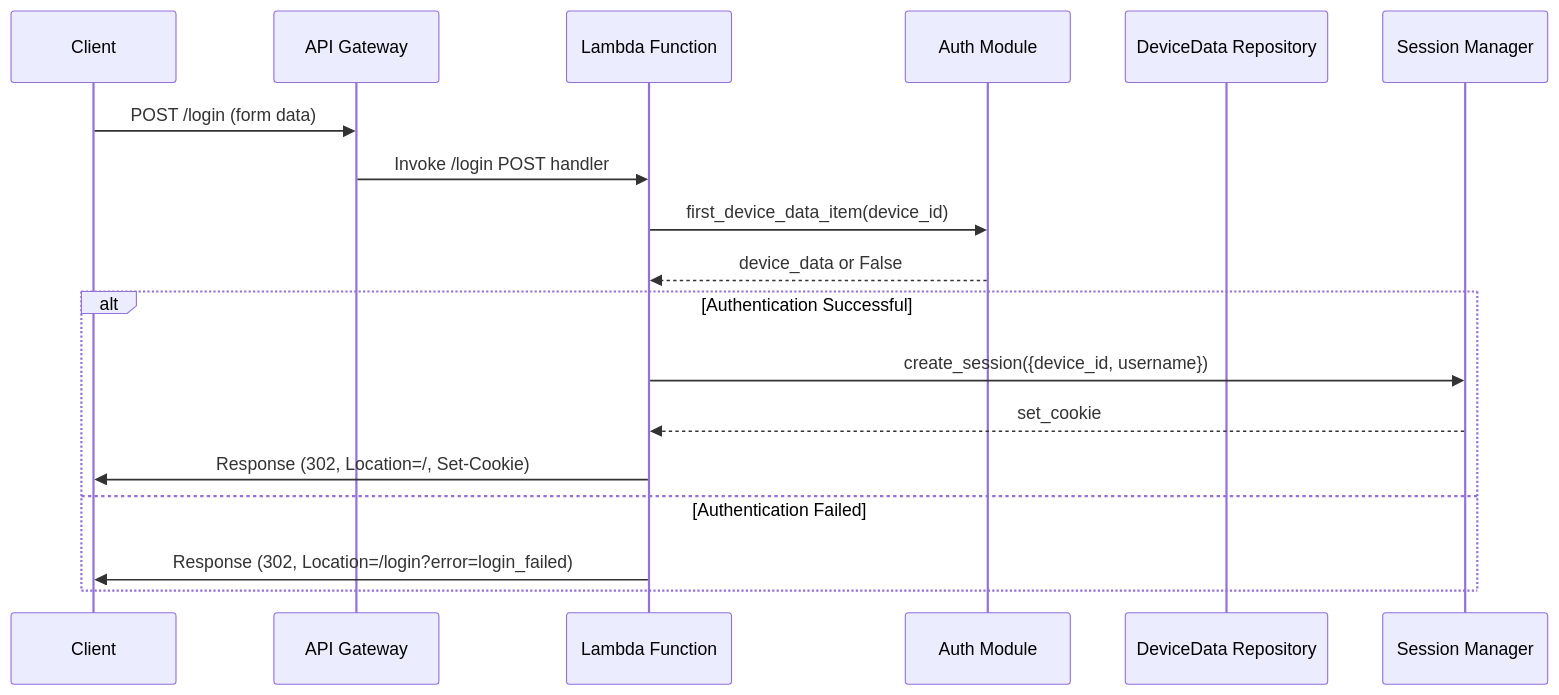
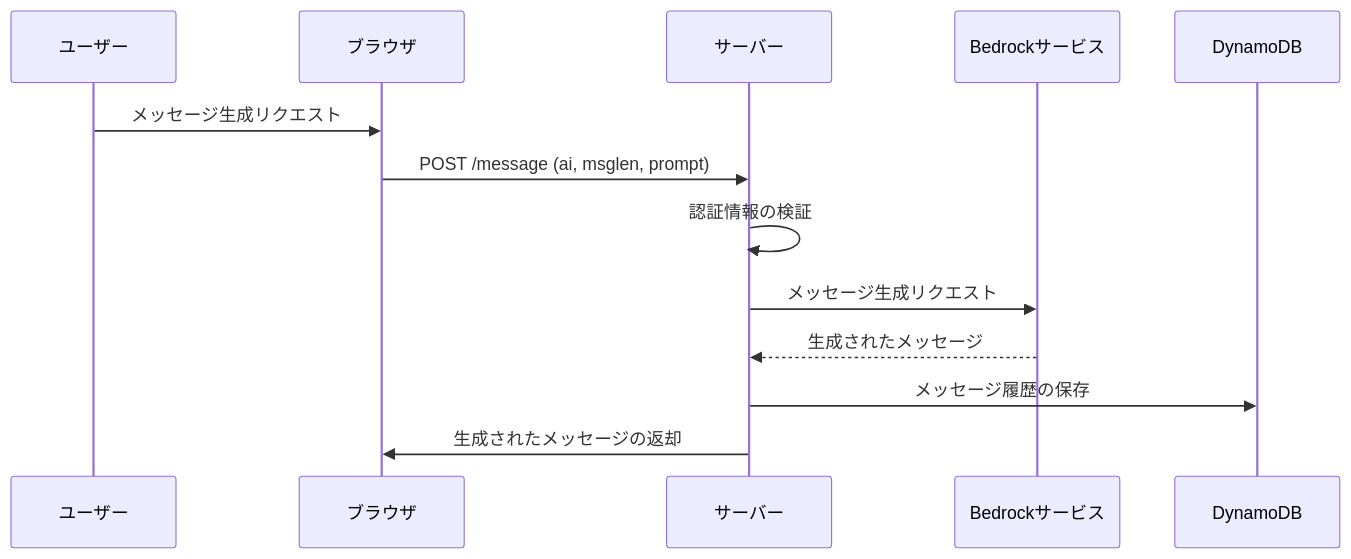
Before and after one commit to jcnwkoya/GENAI-APP: the fourth of 7 diagrams in docs/api_spec.md, drawn with Mermaid. The commit also changed other lines of this file and 9 other files, not shown here.

````diff
--- a/docs/api_spec.md
+++ b/docs/api_spec.md
@@ -167,21 +205,16 @@
 ```mermaid
 sequenceDiagram
-    participant Client
-    participant API Gateway
-    participant Lambda Function
-    participant Auth Module
-    participant DeviceData Repository
-    participant Session Manager
+    participant ユーザー
+    participant ブラウザ
+    participant サーバー
+    participant Bedrockサービス
+    participant DynamoDB
 
-    Client->>API Gateway: POST /login (form data)
-    API Gateway->>Lambda Function: Invoke /login POST handler
-    Lambda Function->>Auth Module: first_device_data_item(device_id)
-    Auth Module-->>Lambda Function: device_data or False
-    alt Authentication Successful
-        Lambda Function->>Session Manager: create_session({device_id, username})
-        Session Manager-->>Lambda Function: set_cookie
-        Lambda Function->>Client: Response (302, Location=/, Set-Cookie)
-    else Authentication Failed
-        Lambda Function->>Client: Response (302, Location=/login?error=login_failed)
-    end
+    ユーザー->>ブラウザ: メッセージ生成リクエスト
+    ブラウザ->>サーバー: POST /message (ai, msglen, prompt)
+    サーバー->>サーバー: 認証情報の検証
+    サーバー->>Bedrockサービス: メッセージ生成リクエスト
+    Bedrockサービス-->>サーバー: 生成されたメッセージ
+    サーバー->>DynamoDB: メッセージ履歴の保存
+    サーバー->>ブラウザ: 生成されたメッセージの返却
 ```
````
